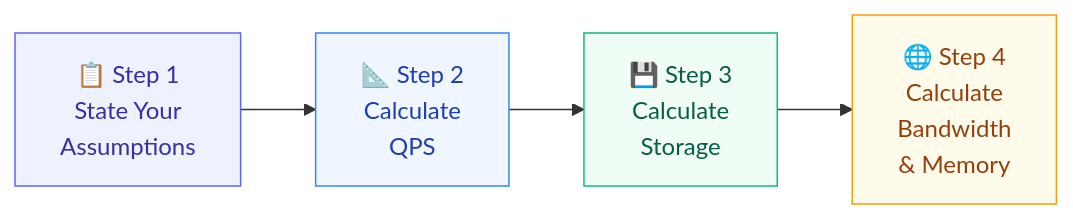
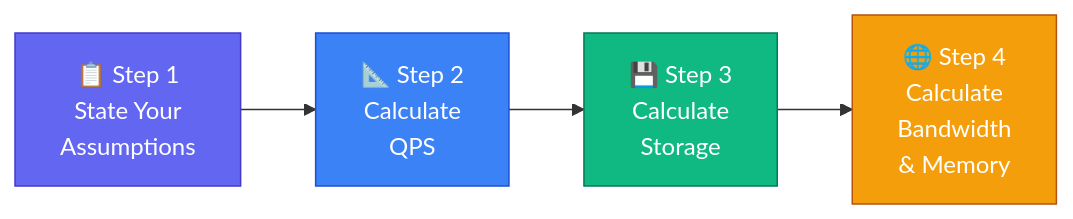
Before and after one commit to devops-monk/system-design-blog: the fourth of 10 diagrams in content/posts/2026/back-of-the-envelope-estimation.md, drawn with Mermaid. The commit also changed other lines of this file and 5 other files, not shown here.

````diff
--- a/content/posts/2026/back-of-the-envelope-estimation.md
+++ b/content/posts/2026/back-of-the-envelope-estimation.md
@@ -219,14 +258,14 @@
 ```mermaid
 flowchart LR
     S1["📋 Step 1\nState Your\nAssumptions"]
     S2["📐 Step 2\nCalculate\nQPS"]
     S3["💾 Step 3\nCalculate\nStorage"]
     S4["🌐 Step 4\nCalculate\nBandwidth\n& Memory"]
 
     S1 --> S2 --> S3 --> S4
 
-    style S1 fill:#EEF2FF,stroke:#6366F1,color:#3730A3
-    style S2 fill:#EFF6FF,stroke:#3B82F6,color:#1E40AF
-    style S3 fill:#F0FDF4,stroke:#10B981,color:#065F46
-    style S4 fill:#FFFBEB,stroke:#F59E0B,color:#92400E
+    style S1 fill:#6366F1,stroke:#4338CA,color:#fff
+    style S2 fill:#3B82F6,stroke:#1D4ED8,color:#fff
+    style S3 fill:#10B981,stroke:#047857,color:#fff
+    style S4 fill:#F59E0B,stroke:#B45309,color:#fff
 ```
````
